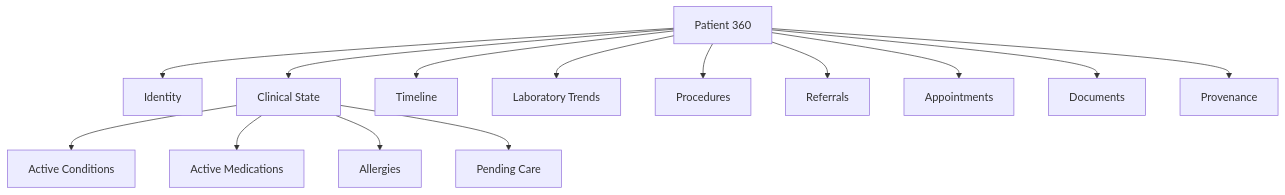
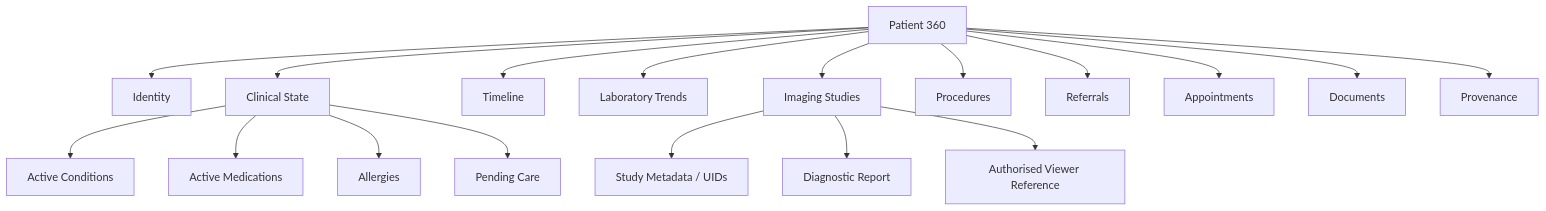
Before and after one commit to DiogoRibeiro7/sns-patient-360: the second of 3 diagrams in docs/data-model/fhir-scope.md, drawn with Mermaid. The commit also changed other lines of this file, not shown here.

Commit message:
docs: add ImagingStudy and DICOM boundary to FHIR scope

````diff
--- a/docs/data-model/fhir-scope.md
+++ b/docs/data-model/fhir-scope.md
@@ -41,19 +67,24 @@
 ```mermaid
 flowchart TD
     PATIENT[Patient 360]
 
     PATIENT --> ID[Identity]
     PATIENT --> STATE[Clinical State]
     PATIENT --> TIMELINE[Timeline]
     PATIENT --> TRENDS[Laboratory Trends]
+    PATIENT --> IMAGING[Imaging Studies]
     PATIENT --> PROCEDURES[Procedures]
     PATIENT --> REFERRALS[Referrals]
     PATIENT --> APPOINTMENTS[Appointments]
     PATIENT --> DOCUMENTS[Documents]
     PATIENT --> PROVENANCE[Provenance]
 
     STATE --> CONDITIONS[Active Conditions]
     STATE --> MEDICATIONS[Active Medications]
     STATE --> ALLERGIES[Allergies]
     STATE --> PENDING[Pending Care]
+
+    IMAGING --> ISTUDY[Study Metadata / UIDs]
+    IMAGING --> IREPORT[Diagnostic Report]
+    IMAGING --> IVIEW[Authorised Viewer Reference]
 ```
````
